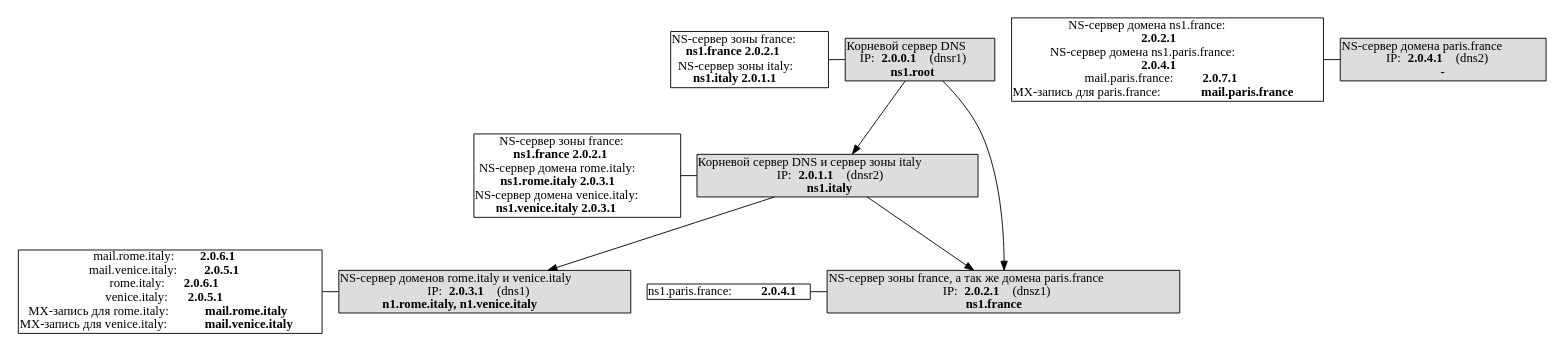
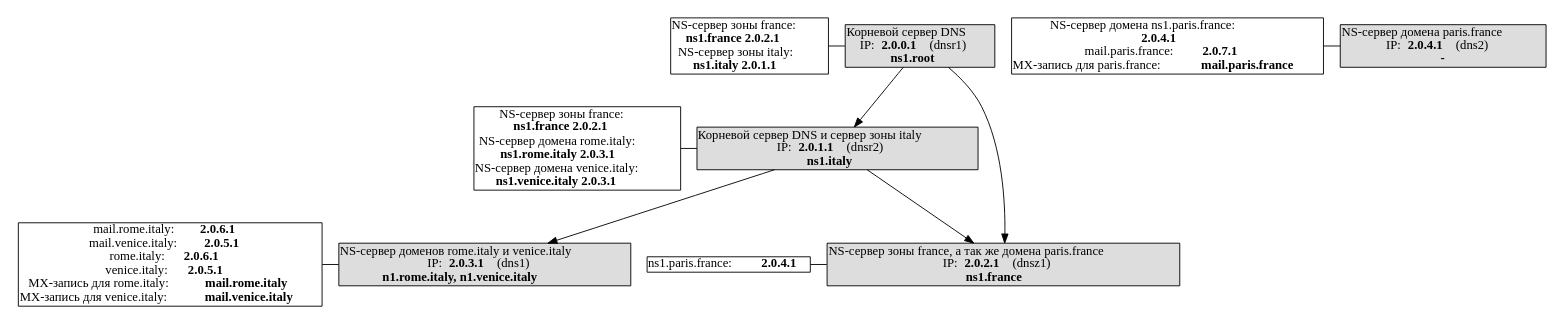
Before and after one commit to afrolovskiy/np: the diagram in lab5/report/graphs/dns.gv, drawn with Graphviz. The commit also changed 3 other files, not shown here.

```diff
--- a/lab5/report/graphs/dns.gv
+++ b/lab5/report/graphs/dns.gv
@@ -1,95 +1,94 @@
 digraph G {
         margin=0;
         node [margin=0];
         
 subgraph cluster_0 {
 color=none;
 rank=same;
 _2_0_3_1 [shape="none", label=<
 <TABLE BGCOLOR="#DDDDDD" CELLPADDING="0" CELLSPACING="0" CELLBORDER="0">
 <TR><TD>NS-сервер доменов rome.italy и venice.italy</TD></TR>
 <TR><TD>IP: <B>2.0.3.1</B> (dns1)</TD></TR>
 <TR><TD><B>n1.rome.italy, n1.venice.italy</B></TD></TR>
 </TABLE>>];
 _2_0_3_1_records [shape="none", label=<
 <TABLE BGCOLOR="#FFFFFF" CELLPADDING="0" CELLSPACING="0" CELLBORDER="0">
 <TR><TD>mail.rome.italy: <B>2.0.6.1</B></TD></TR>
 <TR><TD>mail.venice.italy: <B>2.0.5.1</B></TD></TR>
 <TR><TD>rome.italy: <B>2.0.6.1</B></TD></TR>
 <TR><TD>venice.italy: <B>2.0.5.1</B></TD></TR>
 <TR><TD>MX-запись для rome.italy: <B>mail.rome.italy</B></TD></TR>
 <TR><TD>MX-запись для venice.italy: <B>mail.venice.italy</B></TD></TR>
 </TABLE>>];
 _2_0_3_1 -> _2_0_3_1_records [constraint=False, dir=none];
 }
 subgraph cluster_1 {
 color=none;
 rank=same;
 _2_0_1_1 [shape="none", label=<
 <TABLE BGCOLOR="#DDDDDD" CELLPADDING="0" CELLSPACING="0" CELLBORDER="0">
 <TR><TD>Корневой сервер DNS и сервер зоны italy</TD></TR>
 <TR><TD>IP: <B>2.0.1.1</B> (dnsr2)</TD></TR>
 <TR><TD><B>ns1.italy</B></TD></TR>
 </TABLE>>];
 _2_0_1_1_records [shape="none", label=<
 <TABLE BGCOLOR="#FFFFFF" CELLPADDING="0" CELLSPACING="0" CELLBORDER="0">
 <TR><TD>NS-сервер зоны france:</TD></TR><TR><TD><B>ns1.france 2.0.2.1</B></TD></TR>
 <TR><TD>NS-сервер домена rome.italy:</TD></TR><TR><TD><B>ns1.rome.italy 2.0.3.1</B></TD></TR>
 <TR><TD>NS-сервер домена venice.italy:</TD></TR><TR><TD><B>ns1.venice.italy 2.0.3.1</B></TD></TR>
 </TABLE>>];
 _2_0_1_1 -> _2_0_1_1_records [constraint=False, dir=none];
 }
 subgraph cluster_2 {
 color=none;
 rank=same;
 _2_0_0_1 [shape="none", label=<
 <TABLE BGCOLOR="#DDDDDD" CELLPADDING="0" CELLSPACING="0" CELLBORDER="0">
 <TR><TD>Корневой сервер DNS</TD></TR>
 <TR><TD>IP: <B>2.0.0.1</B> (dnsr1)</TD></TR>
 <TR><TD><B>ns1.root</B></TD></TR>
 </TABLE>>];
 _2_0_0_1_records [shape="none", label=<
 <TABLE BGCOLOR="#FFFFFF" CELLPADDING="0" CELLSPACING="0" CELLBORDER="0">
 <TR><TD>NS-сервер зоны france:</TD></TR><TR><TD><B>ns1.france 2.0.2.1</B></TD></TR>
 <TR><TD>NS-сервер зоны italy:</TD></TR><TR><TD><B>ns1.italy 2.0.1.1</B></TD></TR>
 </TABLE>>];
 _2_0_0_1 -> _2_0_0_1_records [constraint=False, dir=none];
 }
 subgraph cluster_3 {
 color=none;
 rank=same;
 _2_0_4_1 [shape="none", label=<
 <TABLE BGCOLOR="#DDDDDD" CELLPADDING="0" CELLSPACING="0" CELLBORDER="0">
 <TR><TD>NS-сервер домена paris.france</TD></TR>
 <TR><TD>IP: <B>2.0.4.1</B> (dns2)</TD></TR>
 <TR><TD><B>-</B></TD></TR>
 </TABLE>>];
 _2_0_4_1_records [shape="none", label=<
 <TABLE BGCOLOR="#FFFFFF" CELLPADDING="0" CELLSPACING="0" CELLBORDER="0">
-<TR><TD>NS-сервер домена ns1.france:</TD></TR><TR><TD><B>2.0.2.1 </B></TD></TR>
 <TR><TD>NS-сервер домена ns1.paris.france:</TD></TR><TR><TD><B>2.0.4.1 </B></TD></TR>
 <TR><TD>mail.paris.france: <B>2.0.7.1</B></TD></TR>
 <TR><TD>MX-запись для paris.france: <B>mail.paris.france</B></TD></TR>
 </TABLE>>];
 _2_0_4_1 -> _2_0_4_1_records [constraint=False, dir=none];
 }
 subgraph cluster_4 {
 color=none;
 rank=same;
 _2_0_2_1 [shape="none", label=<
 <TABLE BGCOLOR="#DDDDDD" CELLPADDING="0" CELLSPACING="0" CELLBORDER="0">
 <TR><TD>NS-сервер зоны france, а так же домена paris.france</TD></TR>
 <TR><TD>IP: <B>2.0.2.1</B> (dnsz1)</TD></TR>
 <TR><TD><B>ns1.france</B></TD></TR>
 </TABLE>>];
 _2_0_2_1_records [shape="none", label=<
 <TABLE BGCOLOR="#FFFFFF" CELLPADDING="0" CELLSPACING="0" CELLBORDER="0">
 <TR><TD>ns1.paris.france: <B>2.0.4.1</B></TD></TR>
 </TABLE>>];
 _2_0_2_1 -> _2_0_2_1_records [constraint=False, dir=none];
 }
 _2_0_0_1 -> _2_0_1_1;
 _2_0_0_1 -> _2_0_2_1;
 _2_0_1_1 -> _2_0_3_1;
 _2_0_1_1 -> _2_0_2_1;
 }
```
